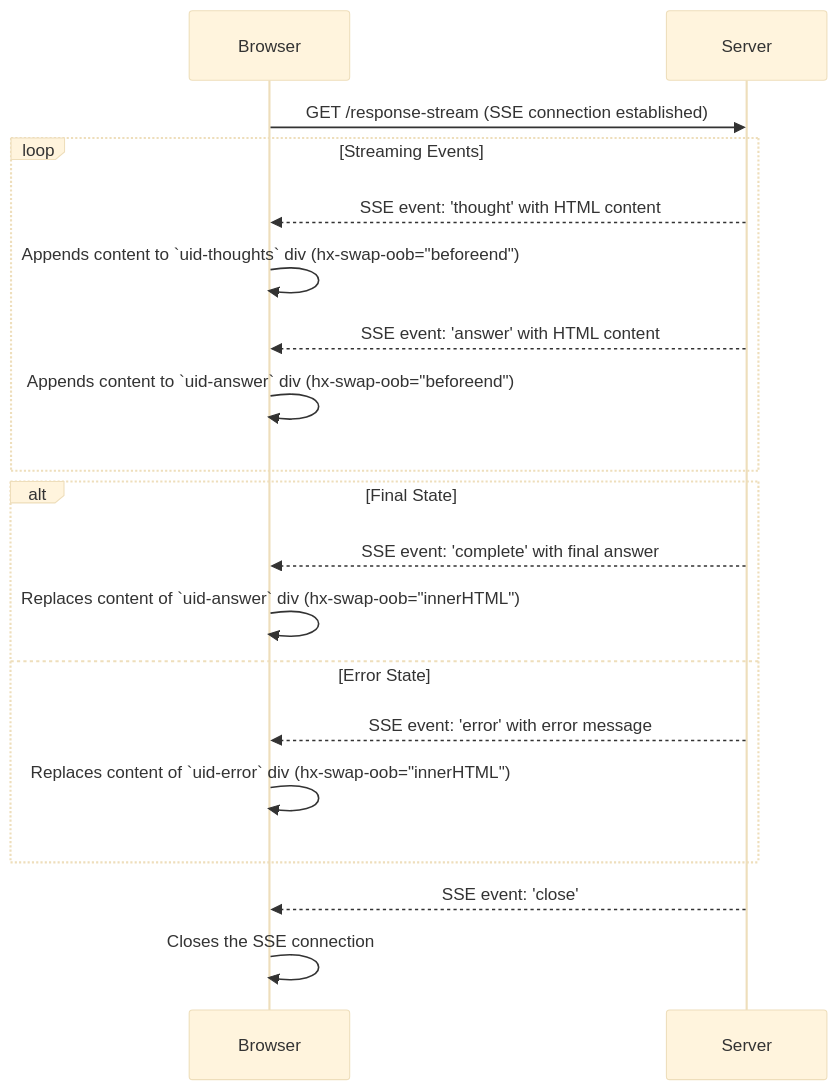
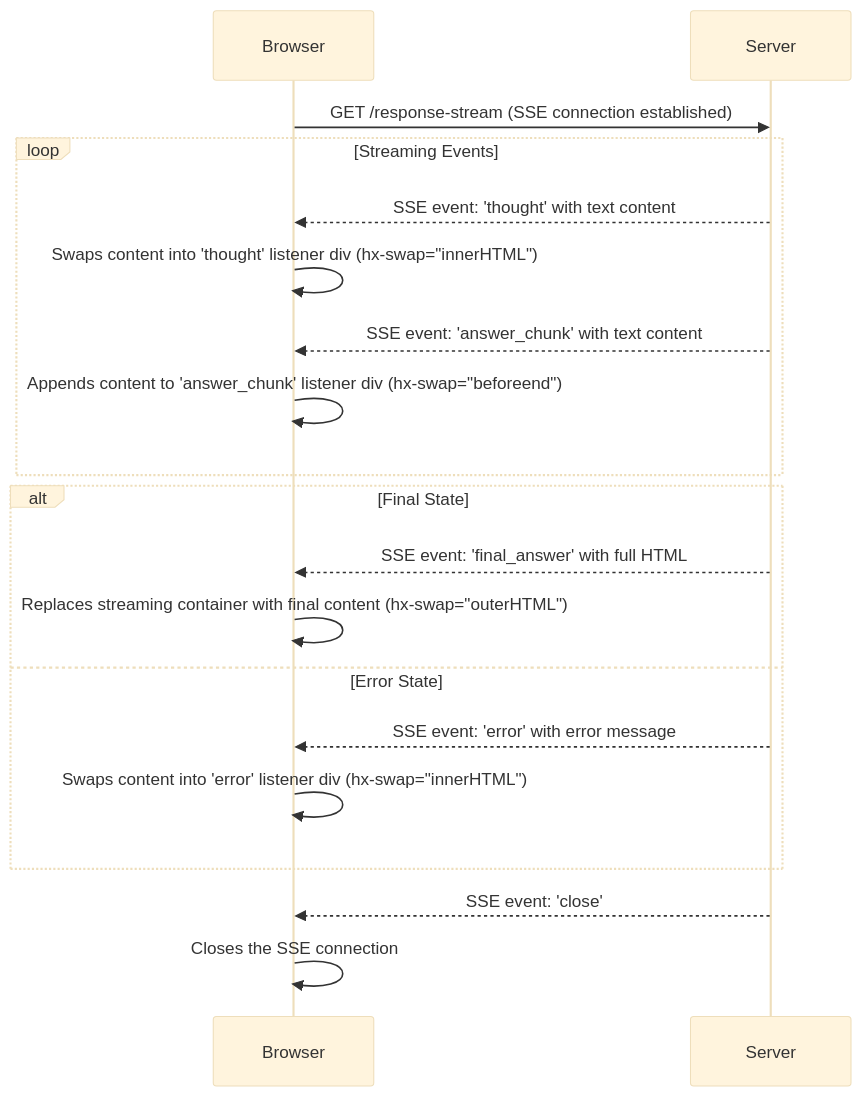
The second of 2 diagrams in example/165_fasthtml_sse_genai/README.md (plops/cl-py-generator), drawn with Mermaid (base theme) before and after one commit. The commit also changed other lines of this file, not shown here.

````diff
--- a/example/165_fasthtml_sse_genai/README.md
+++ b/example/165_fasthtml_sse_genai/README.md
@@ -241,25 +197,25 @@
 ```mermaid
 sequenceDiagram
     participant Browser
     participant Server
 
     Browser->>Server: GET /response-stream (SSE connection established)
     loop Streaming Events
-        Server-->>Browser: SSE event: 'thought' with HTML content
-        Browser->>Browser: Appends content to `uid-thoughts` div (hx-swap-oob="beforeend")
+        Server-->>Browser: SSE event: 'thought' with text content
+        Browser->>Browser: Swaps content into 'thought' listener div (hx-swap="innerHTML")
 
-        Server-->>Browser: SSE event: 'answer' with HTML content
-        Browser->>Browser: Appends content to `uid-answer` div (hx-swap-oob="beforeend")
+        Server-->>Browser: SSE event: 'answer_chunk' with text content
+        Browser->>Browser: Appends content to 'answer_chunk' listener div (hx-swap="beforeend")
     end
 
     alt Final State
-        Server-->>Browser: SSE event: 'complete' with final answer
-        Browser->>Browser: Replaces content of `uid-answer` div (hx-swap-oob="innerHTML")
+        Server-->>Browser: SSE event: 'final_answer' with full HTML
+        Browser->>Browser: Replaces streaming container with final content (hx-swap="outerHTML")
     else Error State
         Server-->>Browser: SSE event: 'error' with error message
-        Browser->>Browser: Replaces content of `uid-error` div (hx-swap-oob="innerHTML")
+        Browser->>Browser: Swaps content into 'error' listener div (hx-swap="innerHTML")
     end
 
     Server-->>Browser: SSE event: 'close'
     Browser->>Browser: Closes the SSE connection
 ```
````
